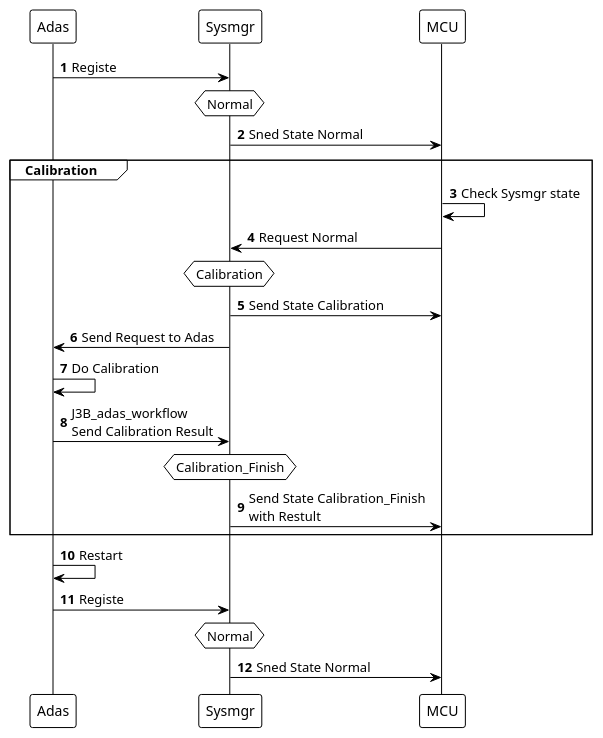
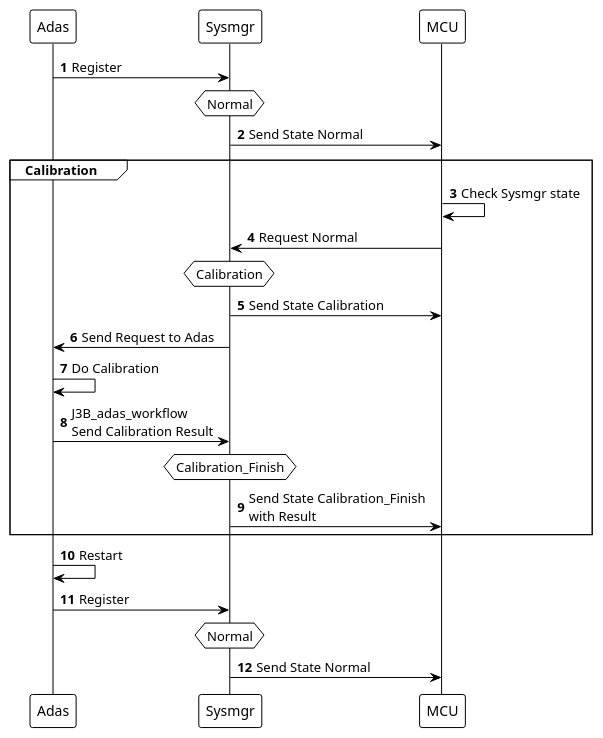
The second of 5 diagrams in sysmgr/stateflow.md (Pei-T/notebook), drawn with PlantUML before and after one commit. The commit also changed other lines of this file and 16 other files, not shown here.

````diff
--- a/sysmgr/stateflow.md
+++ b/sysmgr/stateflow.md
@@ -78,25 +78,25 @@
 ```puml
-@startuml "statelfow"
+@startuml "stateFlow"
 !theme plain
 autonumber
-Adas->Sysmgr:Registe
+Adas->Sysmgr:Register
 hnote over Sysmgr:Normal
-Sysmgr->MCU:Sned State Normal
+Sysmgr->MCU:Send State Normal
 
 group Calibration
 MCU->MCU:Check Sysmgr state
 MCU->Sysmgr:Request Normal
 hnote over Sysmgr:Calibration
 Sysmgr->MCU:Send State Calibration
 Sysmgr->Adas:Send Request to Adas
 Adas->Adas:Do Calibration
 Adas->Sysmgr:J3B_adas_workflow\nSend Calibration Result
 hnote over Sysmgr:Calibration_Finish
-Sysmgr->MCU:Send State Calibration_Finish\nwith Restult
+Sysmgr->MCU:Send State Calibration_Finish\nwith Result
 end
 Adas->Adas:Restart
-Adas->Sysmgr:Registe
+Adas->Sysmgr:Register
 hnote over Sysmgr:Normal
-Sysmgr->MCU:Sned State Normal
+Sysmgr->MCU:Send State Normal
 @enduml
 ```
````
